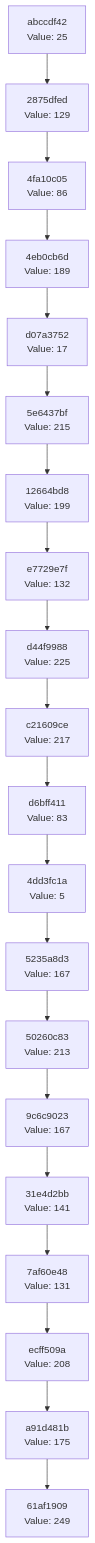
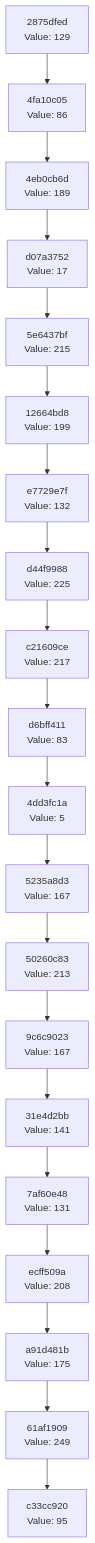
Before and after one commit to Abhisheksinha1506/hash-chain-evolver: the diagram in docs/CHAIN_VISUALIZATION.md, drawn with Mermaid. The commit also changed 1 other file, not shown here.

Commit message:
Evolution Step

````diff
--- a/docs/CHAIN_VISUALIZATION.md
+++ b/docs/CHAIN_VISUALIZATION.md
@@ -3,42 +3,42 @@
 ```mermaid
 graph TD
-    C0["61af1909<br/>Value: 249"]
-    C1["a91d481b<br/>Value: 175"]
+    C0["c33cc920<br/>Value: 95"]
+    C1["61af1909<br/>Value: 249"]
     C1 --> C0
-    C2["ecff509a<br/>Value: 208"]
+    C2["a91d481b<br/>Value: 175"]
     C2 --> C1
-    C3["7af60e48<br/>Value: 131"]
+    C3["ecff509a<br/>Value: 208"]
     C3 --> C2
-    C4["31e4d2bb<br/>Value: 141"]
+    C4["7af60e48<br/>Value: 131"]
     C4 --> C3
-    C5["9c6c9023<br/>Value: 167"]
+    C5["31e4d2bb<br/>Value: 141"]
     C5 --> C4
-    C6["50260c83<br/>Value: 213"]
+    C6["9c6c9023<br/>Value: 167"]
     C6 --> C5
-    C7["5235a8d3<br/>Value: 167"]
+    C7["50260c83<br/>Value: 213"]
     C7 --> C6
-    C8["4dd3fc1a<br/>Value: 5"]
+    C8["5235a8d3<br/>Value: 167"]
     C8 --> C7
-    C9["d6bff411<br/>Value: 83"]
+    C9["4dd3fc1a<br/>Value: 5"]
     C9 --> C8
-    C10["c21609ce<br/>Value: 217"]
+    C10["d6bff411<br/>Value: 83"]
     C10 --> C9
-    C11["d44f9988<br/>Value: 225"]
+    C11["c21609ce<br/>Value: 217"]
     C11 --> C10
-    C12["e7729e7f<br/>Value: 132"]
+    C12["d44f9988<br/>Value: 225"]
     C12 --> C11
-    C13["12664bd8<br/>Value: 199"]
+    C13["e7729e7f<br/>Value: 132"]
     C13 --> C12
-    C14["5e6437bf<br/>Value: 215"]
+    C14["12664bd8<br/>Value: 199"]
     C14 --> C13
-    C15["d07a3752<br/>Value: 17"]
+    C15["5e6437bf<br/>Value: 215"]
     C15 --> C14
-    C16["4eb0cb6d<br/>Value: 189"]
+    C16["d07a3752<br/>Value: 17"]
     C16 --> C15
-    C17["4fa10c05<br/>Value: 86"]
+    C17["4eb0cb6d<br/>Value: 189"]
     C17 --> C16
-    C18["2875dfed<br/>Value: 129"]
+    C18["4fa10c05<br/>Value: 86"]
     C18 --> C17
-    C19["abccdf42<br/>Value: 25"]
+    C19["2875dfed<br/>Value: 129"]
     C19 --> C18
 ```
````
